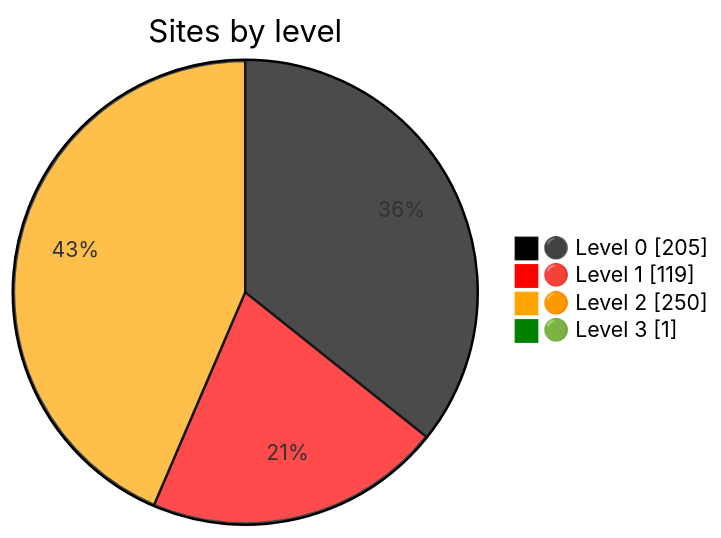
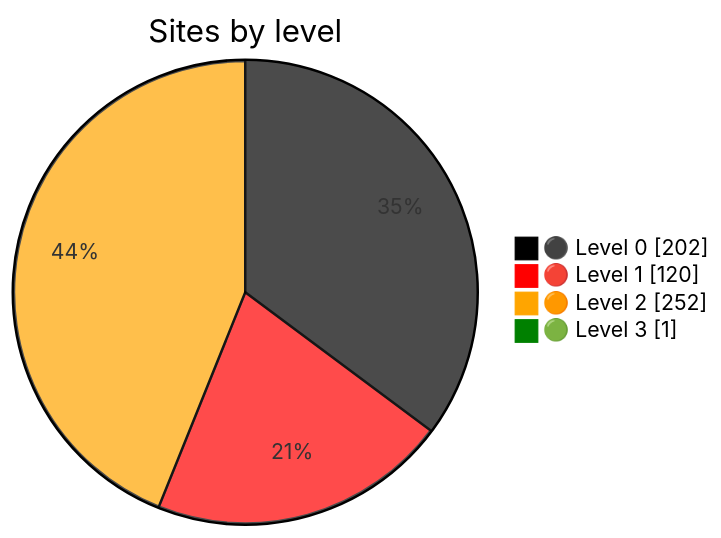
One commit to nuuuwan/gov_lk_web_auditor changed the diagram in README.md. Above: the diagram before and after it, drawn with Mermaid. The commit also changed other lines of this file and 2546 other files, not shown here.

````diff
--- a/README.md
+++ b/README.md
@@ -24,9 +24,9 @@
 ```mermaid
 %%{init: {"themeVariables":{"pie1":"black","pie2":"red","pie3":"orange","pie4":"green"}}}%%
 pie showData
     title Sites by level
-    "⚫ Level 0" : 205
-    "🔴 Level 1" : 119
-    "🟠 Level 2" : 250
+    "⚫ Level 0" : 202
+    "🔴 Level 1" : 120
+    "🟠 Level 2" : 252
     "🟢 Level 3" : 1
 ```
````
